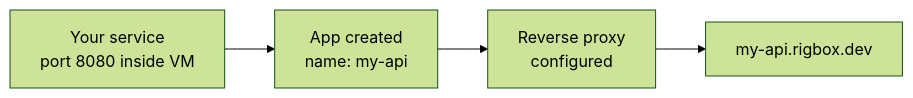
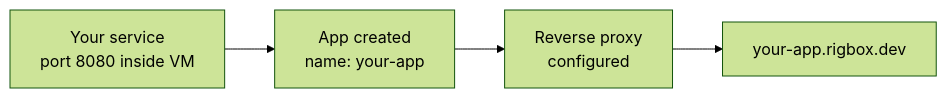
One commit to rigbox-dev/docs changed the diagram in guides/expose-and-route.mdx. Above: the diagram before and after it, drawn with Mermaid (forest theme). The commit also changed other lines of this file and 12 other files, not shown here.

````diff
--- a/guides/expose-and-route.mdx
+++ b/guides/expose-and-route.mdx
@@ -12,6 +12,6 @@
 ```mermaid
 flowchart LR
-    A[Your service\nport 8080 inside VM] --> B[App created\nname: my-api]
+    A[Your service\nport 8080 inside VM] --> B[App created\nname: your-app]
     B --> C[Reverse proxy\nconfigured]
-    C --> D[my-api.rigbox.dev]
+    C --> D[your-app.rigbox.dev]
 ```
````
